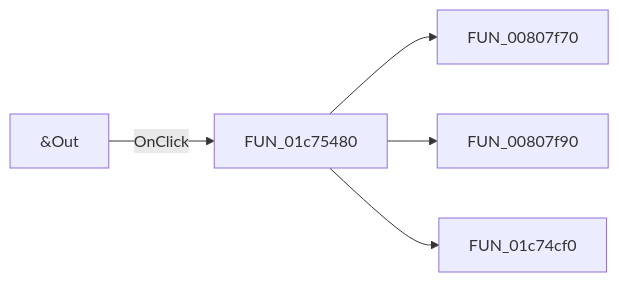
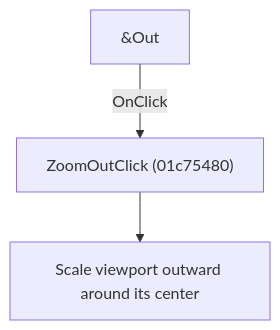
Before and after one commit to MovGP0/TIARA: the diagram in docs/ui-controls/schematiceditor/zoomout-ae498d9746.md, drawn with Mermaid. The commit also changed other lines of this file and 1062 other files, not shown here.

````diff
--- a/docs/ui-controls/schematiceditor/zoomout-ae498d9746.md
+++ b/docs/ui-controls/schematiceditor/zoomout-ae498d9746.md
@@ -27,7 +27,5 @@
 ```mermaid
-flowchart LR
-    control["&Out"] -->|OnClick| handler["FUN_01c75480"]
-    handler --> call1["FUN_00807f70"]
-    handler --> call2["FUN_00807f90"]
-    handler --> call3["FUN_01c74cf0"]
+flowchart TD
+    control["&Out"] -->|"OnClick"| handler["ZoomOutClick (01c75480)"]
+    handler --> action["Scale viewport outward around its center"]
 ```
````
